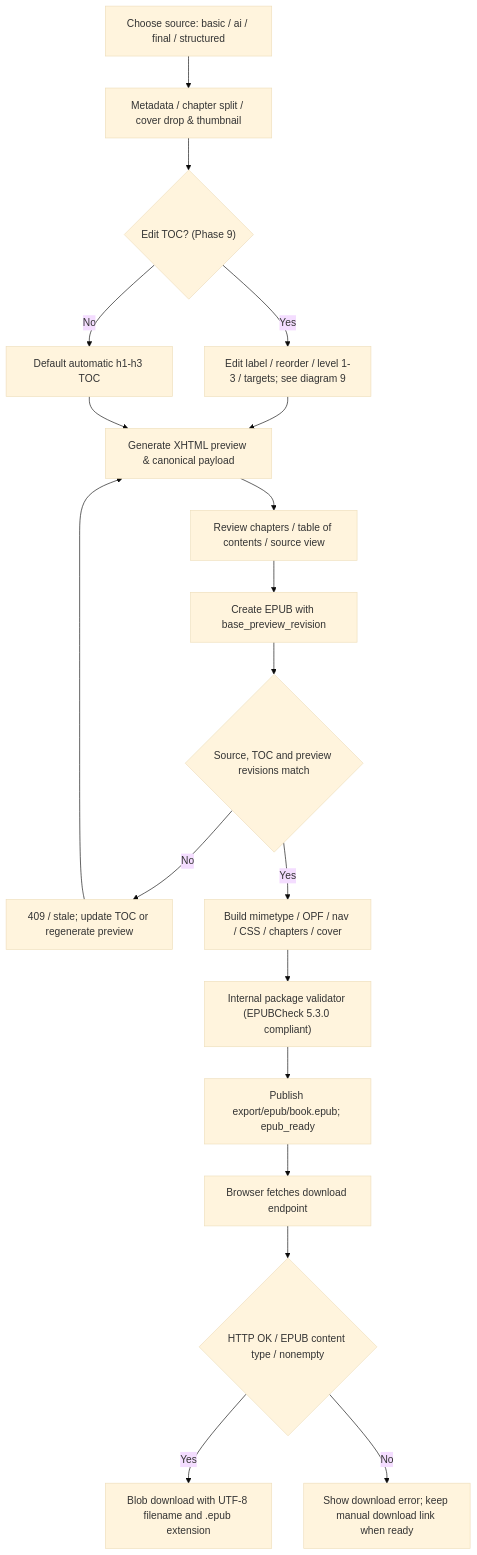
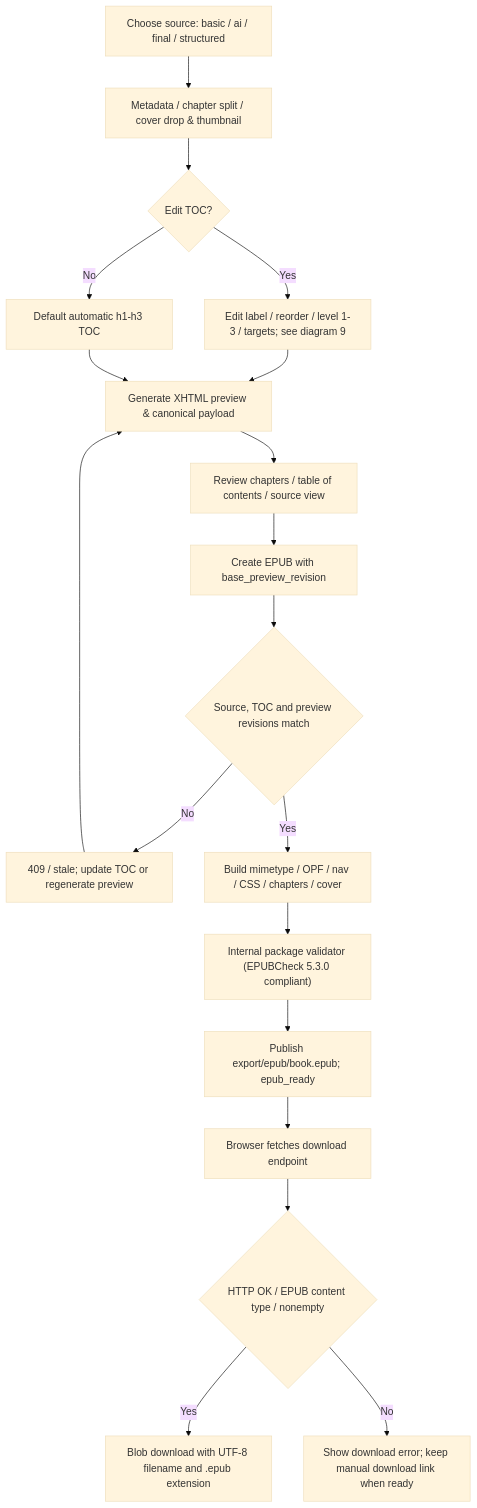
Before and after one commit to anuwatm/pdf-ocr-studio: the seventh of 10 diagrams in readme.md, drawn with Mermaid (base theme). The commit also changed other lines of this file, not shown here.

````diff
--- a/readme.md
+++ b/readme.md
@@ -308,21 +304,21 @@
 ```mermaid
 flowchart TD
     Source["Choose source: basic / ai / final / structured"] --> Config["Metadata / chapter split / cover drop & thumbnail"]
-    Config --> TOCEdit{"Edit TOC? (Phase 9)"}
+    Config --> TOCEdit{"Edit TOC?"}
     TOCEdit -->|Yes| TOC["Edit label / reorder / level 1-3 / targets; see diagram 9"]
     TOCEdit -->|No| AutoTOC["Default automatic h1-h3 TOC"]
     TOC --> Preview["Generate XHTML preview & canonical payload"]
     AutoTOC --> Preview
     Preview --> Review["Review chapters / table of contents / source view"]
     Review --> Build["Create EPUB with base_preview_revision"]
     Build --> Revision{"Source, TOC and preview revisions match"}
     Revision -->|No| Stale["409 / stale; update TOC or regenerate preview"]
     Stale --> Preview
     Revision -->|Yes| Package["Build mimetype / OPF / nav / CSS / chapters / cover"]
     Package --> Validate["Internal package validator (EPUBCheck 5.3.0 compliant)"]
     Validate --> Ready["Publish export/epub/book.epub; epub_ready"]
     Ready --> Fetch["Browser fetches download endpoint"]
     Fetch --> Check{"HTTP OK / EPUB content type / nonempty"}
     Check -->|Yes| Download["Blob download with UTF-8 filename and .epub extension"]
     Check -->|No| Error["Show download error; keep manual download link when ready"]
 ```
````
